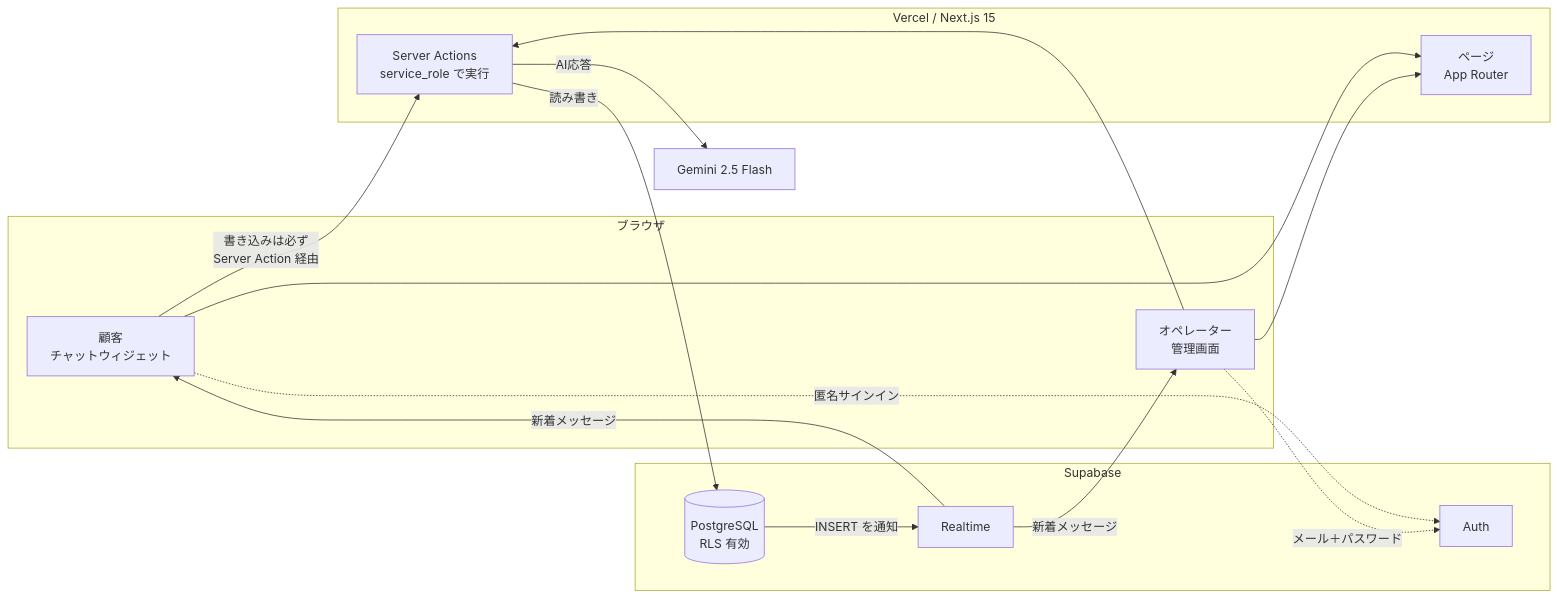
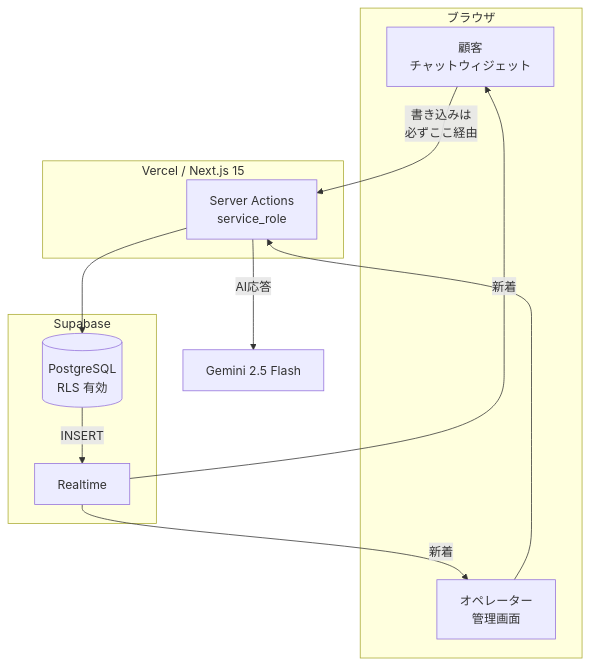
The first of 7 diagrams in docs/manual-developer.md (usako-ui/CS-chatbot-portfolio), drawn with Mermaid before and after one commit. The commit also changed other lines of this file, not shown here.

First line of the commit message:
docs: 図が縦に長すぎる問題を直し、スクロール量を半分以下にする

````diff
--- a/docs/manual-developer.md
+++ b/docs/manual-developer.md
@@ -46,32 +46,26 @@
 ```mermaid
-flowchart LR
+flowchart TB
   subgraph BR["ブラウザ"]
     C["顧客<br/>チャットウィジェット"]
     O["オペレーター<br/>管理画面"]
   end
 
   subgraph VC["Vercel / Next.js 15"]
-    PG["ページ<br/>App Router"]
-    SA["Server Actions<br/>service_role で実行"]
+    SA["Server Actions<br/>service_role"]
   end
 
   subgraph SB["Supabase"]
-    AU["Auth"]
     DB[("PostgreSQL<br/>RLS 有効")]
     RT["Realtime"]
   end
 
   GM["Gemini 2.5 Flash"]
 
-  C -->|"書き込みは必ず<br/>Server Action 経由"| SA
+  C -->|"書き込みは<br/>必ずここ経由"| SA
   O --> SA
-  C --> PG
-  O --> PG
-  SA -->|"読み書き"| DB
+  SA --> DB
   SA -->|"AI応答"| GM
-  DB -->|"INSERT を通知"| RT
-  RT -->|"新着メッセージ"| C
-  RT -->|"新着メッセージ"| O
-  C -.->|"匿名サインイン"| AU
-  O -.->|"メール＋パスワード"| AU
+  DB -->|"INSERT"| RT
+  RT -->|"新着"| C
+  RT -->|"新着"| O
 ```
````
